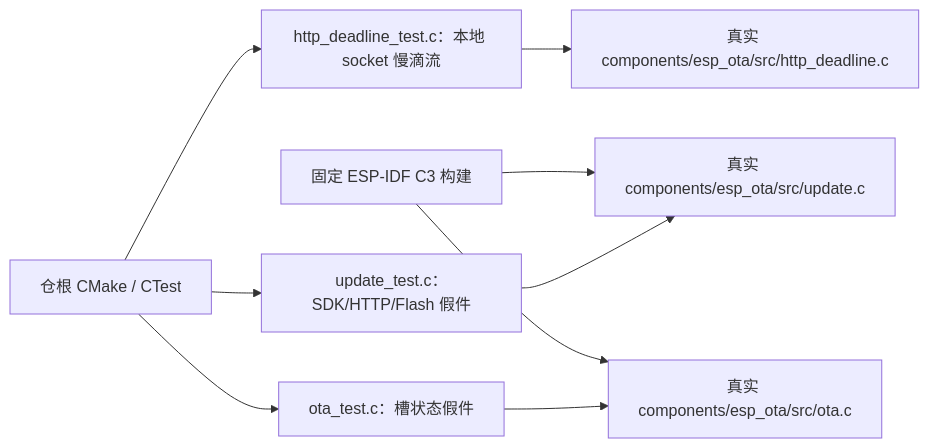
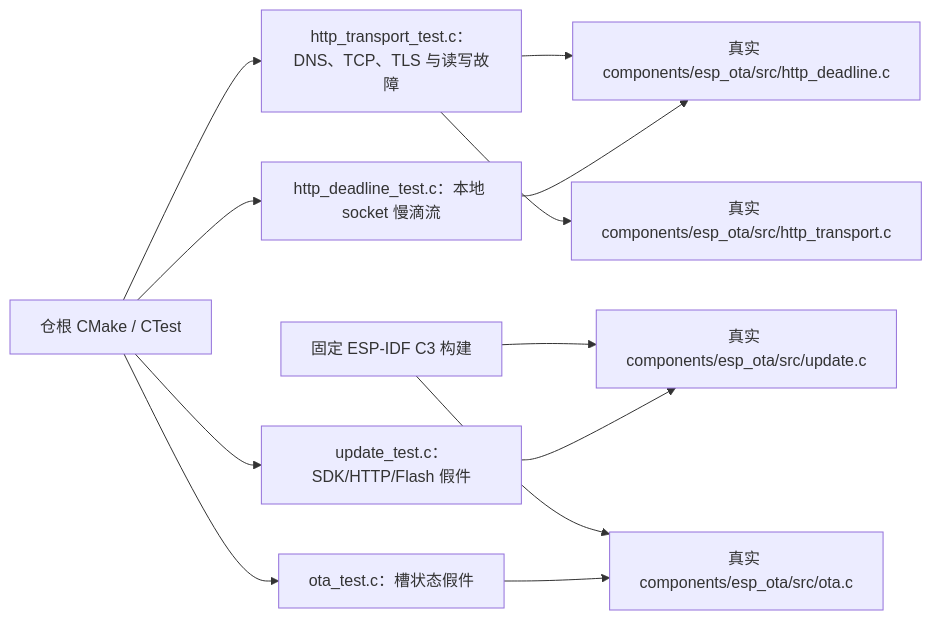
Before and after one commit to darren-you/esp-ota: the diagram in tests/README.md, drawn with Mermaid. The commit also changed other lines of this file and 24 other files, not shown here.

````diff
--- a/tests/README.md
+++ b/tests/README.md
@@ -5,11 +5,14 @@
 ```mermaid
 flowchart LR
     cmake["仓根 CMake / CTest"] --> update["update_test.c：SDK/HTTP/Flash 假件"]
     cmake --> drip["http_deadline_test.c：本地 socket 慢滴流"]
+    cmake --> transport["http_transport_test.c：DNS、TCP、TLS 与读写故障"]
     cmake --> confirm["ota_test.c：槽状态假件"]
     update --> real_update["真实 components/esp_ota/src/update.c"]
     drip --> deadline["真实 components/esp_ota/src/http_deadline.c"]
+    transport --> real_transport["真实 components/esp_ota/src/http_transport.c"]
+    transport --> deadline
     confirm --> real_ota["真实 components/esp_ota/src/ota.c"]
     sdk["固定 ESP-IDF C3 构建"] --> real_update
     sdk --> real_ota
 ```
````
